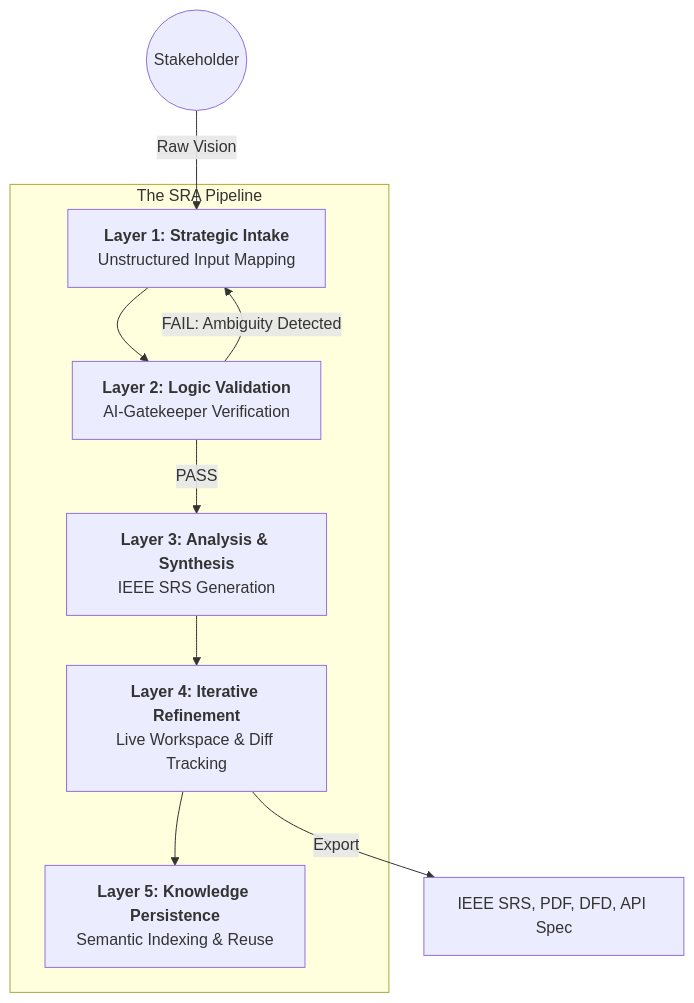
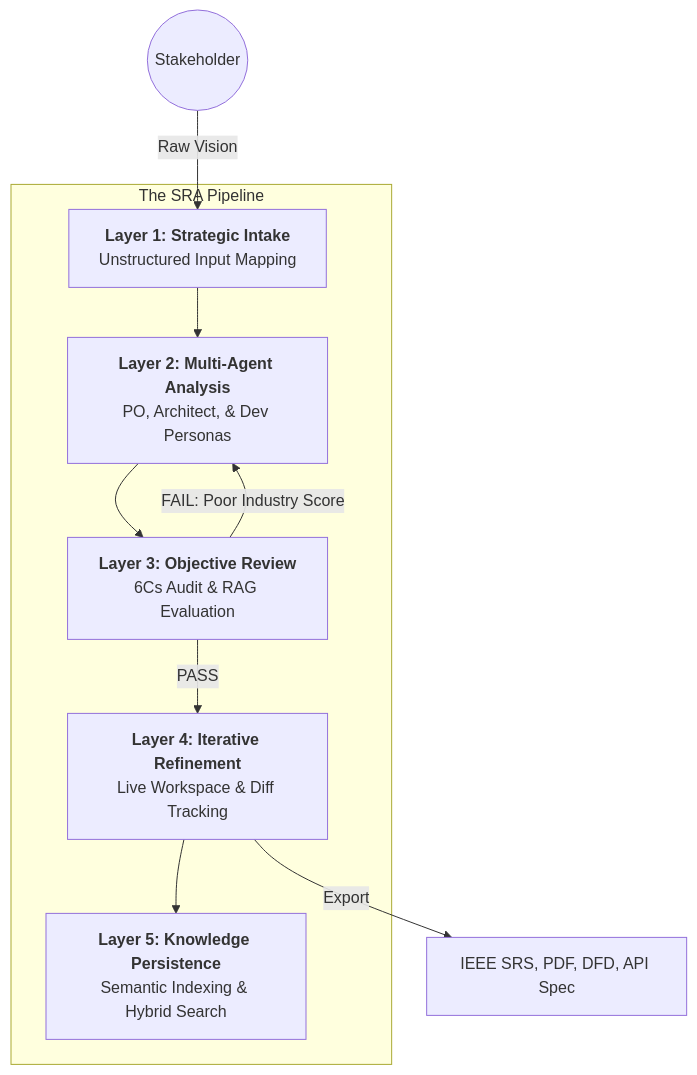
Before and after one commit to Aniket-a14/SRA: the diagram in Readme.md, drawn with Mermaid. The commit also changed other lines of this file and 50 other files, not shown here.

Commit message:
feat: Introduce new agent roles, RAG with graph context, webapp testing skills, design system patterns, and various backend services, scripts, and frontend components.

````diff
--- a/Readme.md
+++ b/Readme.md
@@ -50,18 +52,18 @@
 ```mermaid
 graph TD
     subgraph "The SRA Pipeline"
     L1[<b>Layer 1: Strategic Intake</b><br/>Unstructured Input Mapping]
-    L2[<b>Layer 2: Logic Validation</b><br/>AI-Gatekeeper Verification]
-    L3[<b>Layer 3: Analysis & Synthesis</b><br/>IEEE SRS Generation]
+    L2[<b>Layer 2: Multi-Agent Analysis</b><br/>PO, Architect, & Dev Personas]
+    L3[<b>Layer 3: Objective Review</b><br/>6Cs Audit & RAG Evaluation]
     L4[<b>Layer 4: Iterative Refinement</b><br/>Live Workspace & Diff Tracking]
-    L5[<b>Layer 5: Knowledge Persistence</b><br/>Semantic Indexing & Reuse]
+    L5[<b>Layer 5: Knowledge Persistence</b><br/>Semantic Indexing & Hybrid Search]
     end
 
     Stakeholder((Stakeholder)) -->|Raw Vision| L1
     L1 --> L2
-    L2 -->|FAIL: Ambiguity Detected| L1
-    L2 -->|PASS| L3
-    L3 --> L4
+    L2 --> L3
+    L3 -->|FAIL: Poor Industry Score| L2
+    L3 -->|PASS| L4
     L4 -->|Export| Artifacts[IEEE SRS, PDF, DFD, API Spec]
     L4 --> L5
 ```
````
